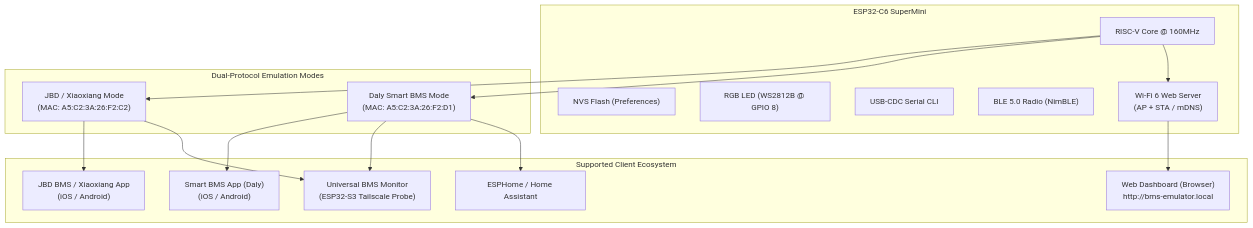
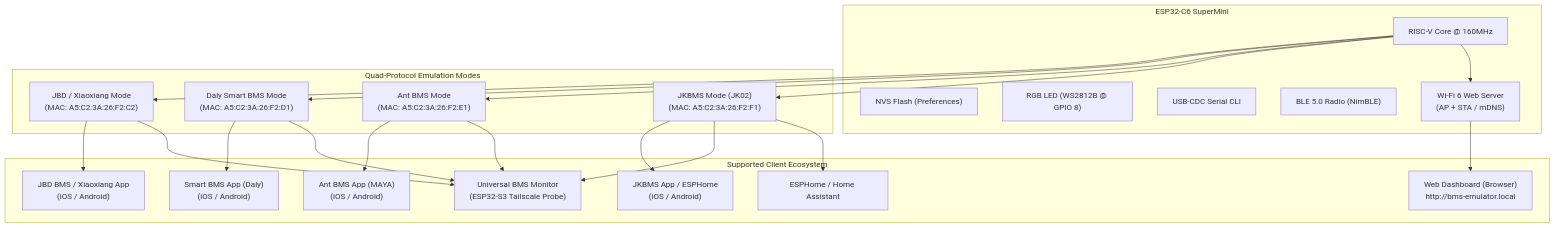
One commit to tigersumy/JBD-BMS-Emulator-ESP32C6 changed the diagram in PROJECT_CAPABILITIES.md. Above: the diagram before and after it, drawn with Mermaid. The commit also changed other lines of this file and 10 other files, not shown here.

Commit message:
feat: Add Ant BMS and JKBMS emulation (Quad-Protocol 4-in-1 universal BMS emulator)

````diff
--- a/PROJECT_CAPABILITIES.md
+++ b/PROJECT_CAPABILITIES.md
@@ -26,34 +28,44 @@
 ```mermaid
 flowchart TD
     subgraph Hardware ["ESP32-C6 SuperMini"]
         Core["RISC-V Core @ 160MHz"]
         NVS["NVS Flash (Preferences)"]
         RGB["RGB LED (WS2812B @ GPIO 8)"]
         USB["USB-CDC Serial CLI"]
         BLE["BLE 5.0 Radio (NimBLE)"]
         WIFI["Wi-Fi 6 Web Server\n(AP + STA / mDNS)"]
     end
 
-    subgraph Modes ["Dual-Protocol Emulation Modes"]
+    subgraph Modes ["Quad-Protocol Emulation Modes"]
         JBD["JBD / Xiaoxiang Mode\n(MAC: A5:C2:3A:26:F2:C2)"]
         DALY["Daly Smart BMS Mode\n(MAC: A5:C2:3A:26:F2:D1)"]
+        ANT["Ant BMS Mode\n(MAC: A5:C2:3A:26:F2:E1)"]
+        JK["JKBMS Mode (JK02)\n(MAC: A5:C2:3A:26:F2:F1)"]
     end
 
     subgraph Clients ["Supported Client Ecosystem"]
         AppJBD["JBD BMS / Xiaoxiang App\n(iOS / Android)"]
         AppDaly["Smart BMS App (Daly)\n(iOS / Android)"]
+        AppAnt["Ant BMS App (MAYA)\n(iOS / Android)"]
+        AppJK["JKBMS App / ESPHome\n(iOS / Android)"]
         WebUI["Web Dashboard (Browser)\nhttp://bms-emulator.local"]
         Probe["Universal BMS Monitor\n(ESP32-S3 Tailscale Probe)"]
         HA["ESPHome / Home Assistant"]
     end
 
     Core --> JBD
     Core --> DALY
+    Core --> ANT
+    Core --> JK
     Core --> WIFI
     WIFI --> WebUI
     JBD --> AppJBD
     JBD --> Probe
     DALY --> AppDaly
     DALY --> Probe
-    DALY --> HA
+    ANT --> AppAnt
+    ANT --> Probe
+    JK --> AppJK
+    JK --> Probe
+    JK --> HA
 ```
````
